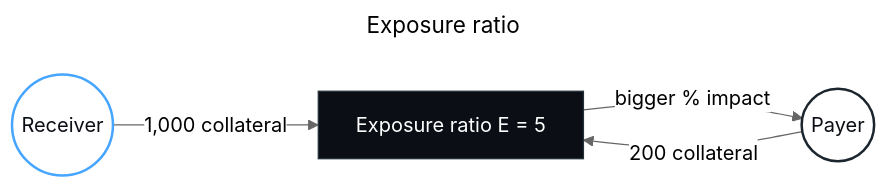
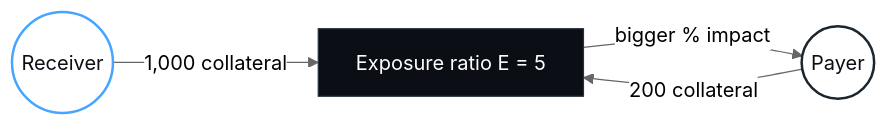
One commit to Null-Solutions/v1-docs changed the diagram in diagrams/exposure-ratio.mmd. Above: the diagram before and after it, drawn with Mermaid (neutral theme). The commit also changed 24 other files, not shown here.

Commit message:
Update docs diagram assets

```diff
--- a/diagrams/exposure-ratio.mmd
+++ b/diagrams/exposure-ratio.mmd
@@ -1,18 +1,15 @@
----
-title: Exposure ratio
----
 flowchart LR
   receiver(("Receiver"))
   payer(("Payer"))
   ratio["Exposure ratio E = 5"]
 
   receiver -- "1,000 collateral" --> ratio
   payer -- "200 collateral" --> ratio
   ratio -- "bigger % impact" --> payer
 
   classDef receiver fill:#FFFFFF,color:#0B0E15,stroke:#45A5FF,stroke-width:2px;
   classDef payer fill:#FFFFFF,color:#0B0E15,stroke:#1B252D,stroke-width:2px;
   classDef core fill:#0B0E15,color:#FFFFFF,stroke:#243038,stroke-width:1px;
   class receiver receiver;
   class payer payer;
   class ratio core;
```
